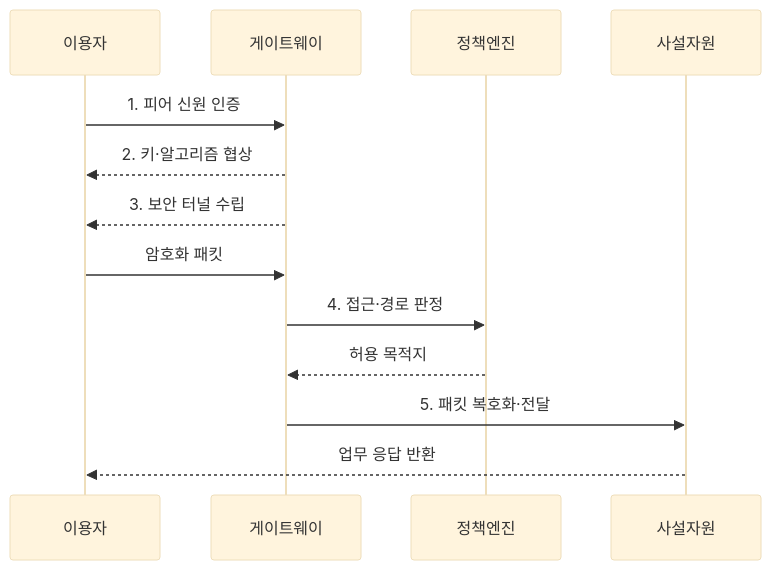
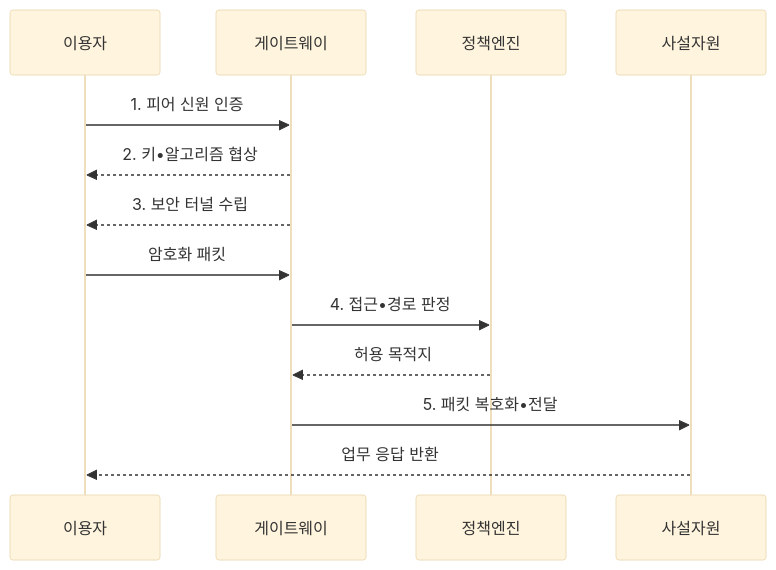
One commit to agnusdei1207/knowledge-base changed the second of 2 diagrams in src/content/docs/notes/04-network/089_vpn.md. Above: the diagram before and after it, drawn with Mermaid (base theme). The commit also changed other lines of this file and 953 other files, not shown here.

````diff
--- a/src/content/docs/notes/04-network/089_vpn.md
+++ b/src/content/docs/notes/04-network/089_vpn.md
@@ -100,15 +100,15 @@
 ```mermaid
 sequenceDiagram
     participant 이용자
     participant 게이트웨이
     participant 정책엔진
     participant 사설자원
     이용자->>게이트웨이: 1. 피어 신원 인증
-    게이트웨이-->>이용자: 2. 키·알고리즘 협상
+    게이트웨이-->>이용자: 2. 키•알고리즘 협상
     게이트웨이-->>이용자: 3. 보안 터널 수립
     이용자->>게이트웨이: 암호화 패킷
-    게이트웨이->>정책엔진: 4. 접근·경로 판정
+    게이트웨이->>정책엔진: 4. 접근•경로 판정
     정책엔진-->>게이트웨이: 허용 목적지
-    게이트웨이->>사설자원: 5. 패킷 복호화·전달
+    게이트웨이->>사설자원: 5. 패킷 복호화•전달
     사설자원-->>이용자: 업무 응답 반환
 ```
````
